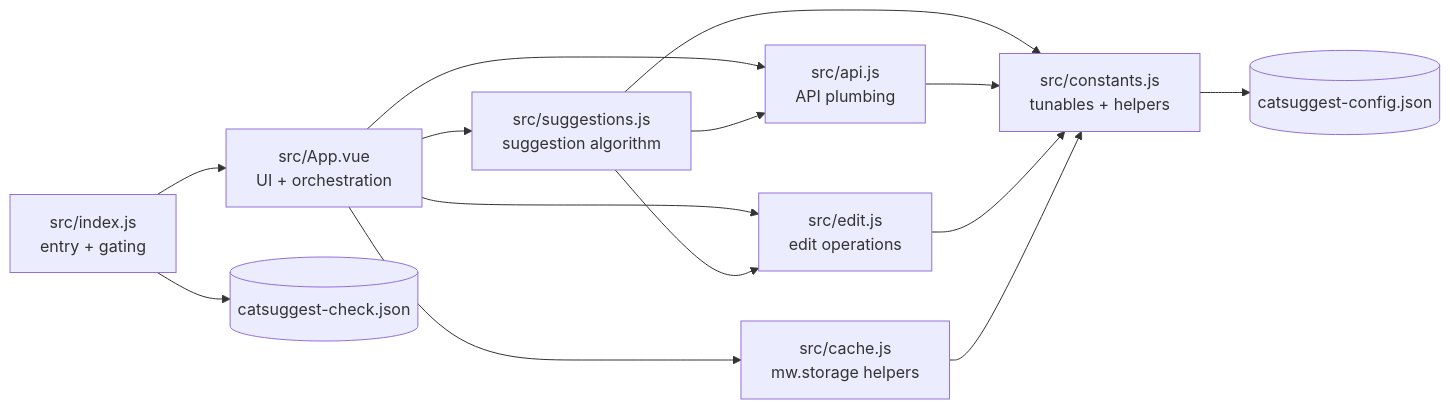
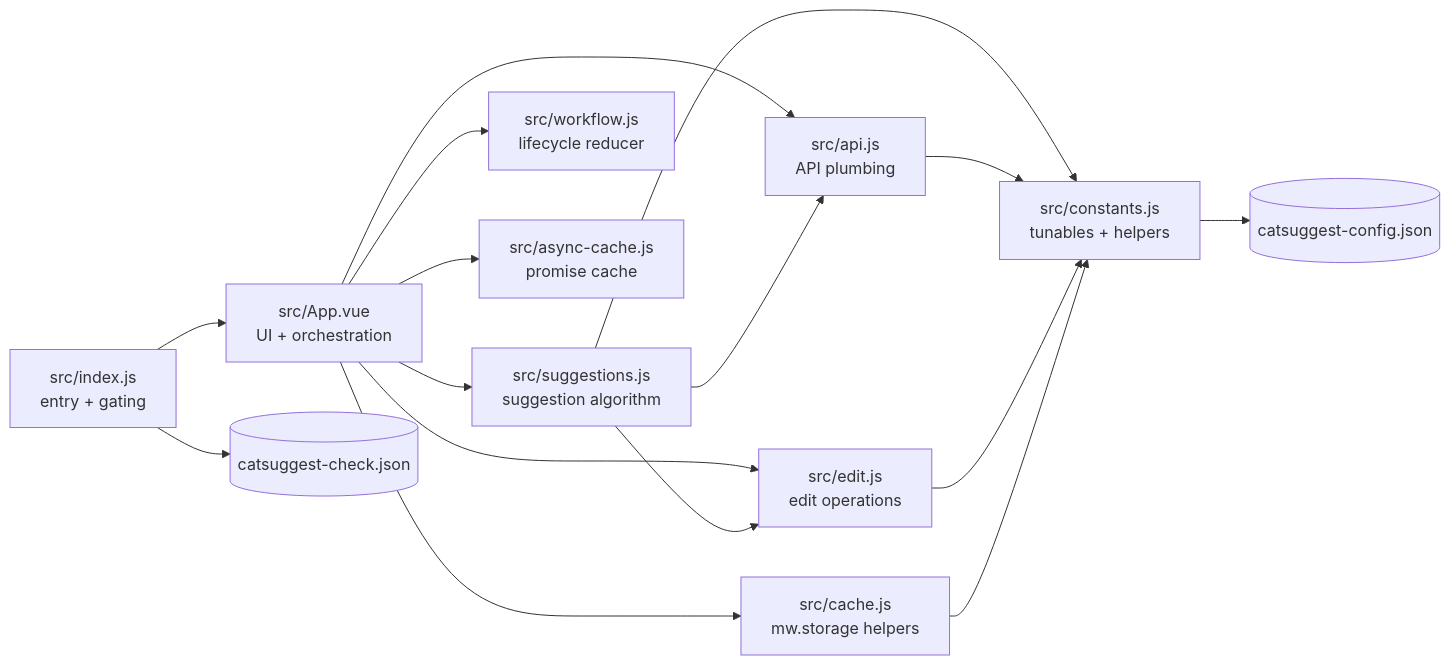
Before and after one commit to nemoralis/catsuggest: the third of 3 diagrams in README.md, drawn with Mermaid. The commit also changed other lines of this file and 9 other files, not shown here.

Commit message:
formalize workflow state and guard async requests

````diff
--- a/README.md
+++ b/README.md
@@ -78,16 +86,18 @@
 ```mermaid
 flowchart LR
     index["src/index.js<br/>entry + gating"] --> app["src/App.vue<br/>UI + orchestration"]
     app --> suggestions["src/suggestions.js<br/>suggestion algorithm"]
     app --> api["src/api.js<br/>API plumbing"]
     app --> edit["src/edit.js<br/>edit operations"]
     app --> cache["src/cache.js<br/>mw.storage helpers"]
+    app --> workflow["src/workflow.js<br/>lifecycle reducer"]
+    app --> promiseCache["src/async-cache.js<br/>promise cache"]
     suggestions --> api
     suggestions --> edit
     suggestions --> constants["src/constants.js<br/>tunables + helpers"]
     api --> constants
     edit --> constants
     cache --> constants
     constants --> config[("catsuggest-config.json")]
     index --> check[("catsuggest-check.json")]
 ```
````
